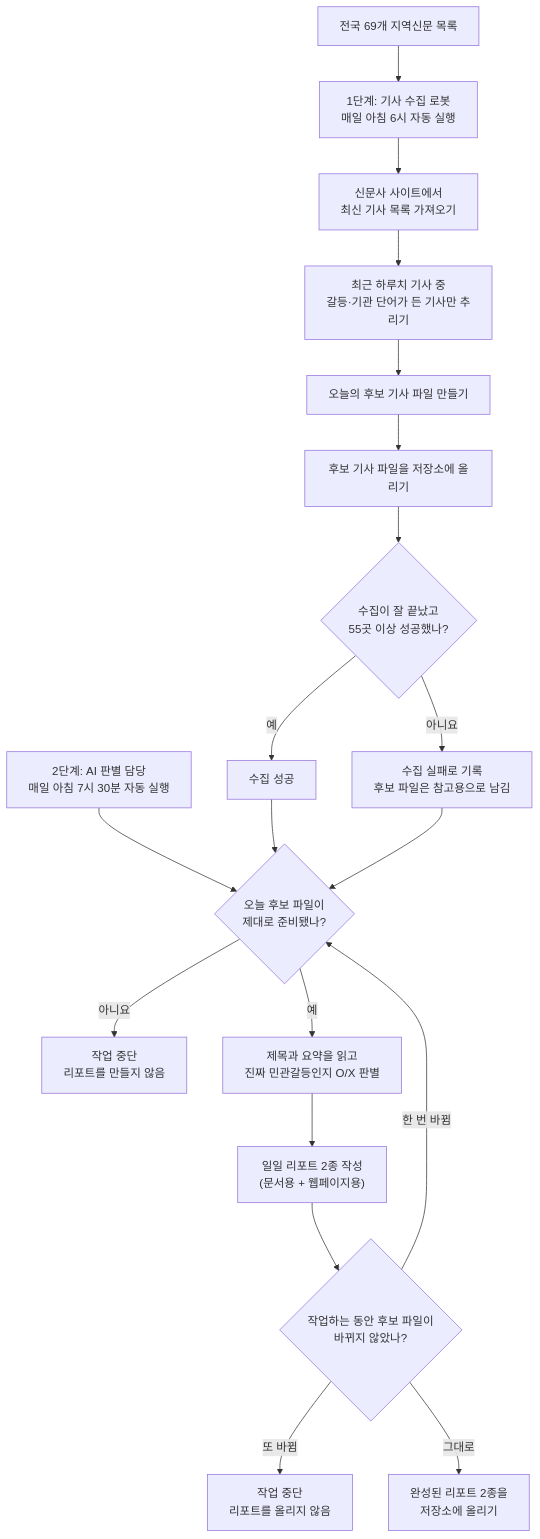
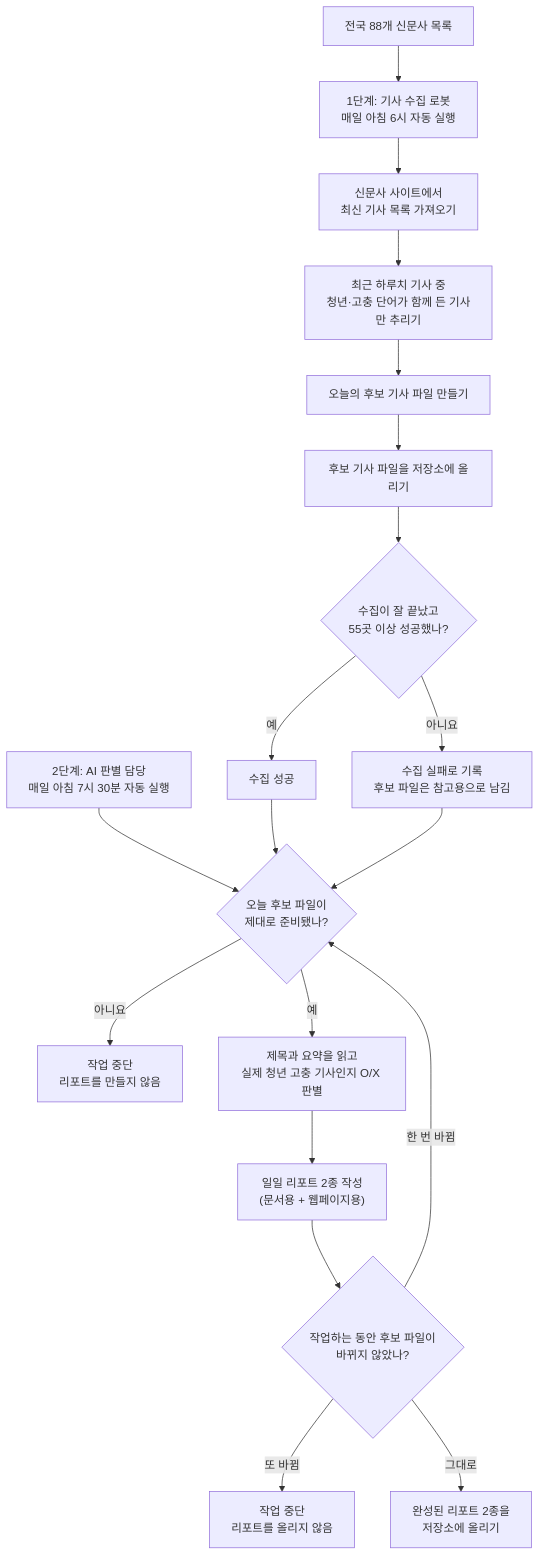
One commit to ray-ho33/bal-gul-template changed the diagram in README.md. Above: the diagram before and after it, drawn with Mermaid. The commit also changed other lines of this file and 20 other files, not shown here.

````diff
--- a/README.md
+++ b/README.md
@@ -35,22 +35,22 @@
 ```mermaid
 flowchart TD
-    A["전국 69개 지역신문 목록"] --> B["1단계: 기사 수집 로봇<br/>매일 아침 6시 자동 실행"]
+    A["전국 88개 신문사 목록"] --> B["1단계: 기사 수집 로봇<br/>매일 아침 6시 자동 실행"]
     B --> C["신문사 사이트에서<br/>최신 기사 목록 가져오기"]
-    C --> D["최근 하루치 기사 중<br/>갈등·기관 단어가 든 기사만 추리기"]
+    C --> D["최근 하루치 기사 중<br/>청년·고충 단어가 함께 든 기사만 추리기"]
     D --> E["오늘의 후보 기사 파일 만들기"]
     E --> F["후보 기사 파일을 저장소에 올리기"]
     F --> G{"수집이 잘 끝났고<br/>55곳 이상 성공했나?"}
     G -- 아니요 --> H["수집 실패로 기록<br/>후보 파일은 참고용으로 남김"]
     G -- 예 --> I["수집 성공"]
 
     J["2단계: AI 판별 담당<br/>매일 아침 7시 30분 자동 실행"] --> K{"오늘 후보 파일이<br/>제대로 준비됐나?"}
     I --> K
     H --> K
     K -- 아니요 --> L["작업 중단<br/>리포트를 만들지 않음"]
-    K -- 예 --> M["제목과 요약을 읽고<br/>진짜 민관갈등인지 O/X 판별"]
+    K -- 예 --> M["제목과 요약을 읽고<br/>실제 청년 고충 기사인지 O/X 판별"]
     M --> N["일일 리포트 2종 작성<br/>(문서용 + 웹페이지용)"]
     N --> O{"작업하는 동안 후보 파일이<br/>바뀌지 않았나?"}
     O -- 한 번 바뀜 --> K
     O -- 또 바뀜 --> P["작업 중단<br/>리포트를 올리지 않음"]
     O -- 그대로 --> Q["완성된 리포트 2종을<br/>저장소에 올리기"]
 ```
````
